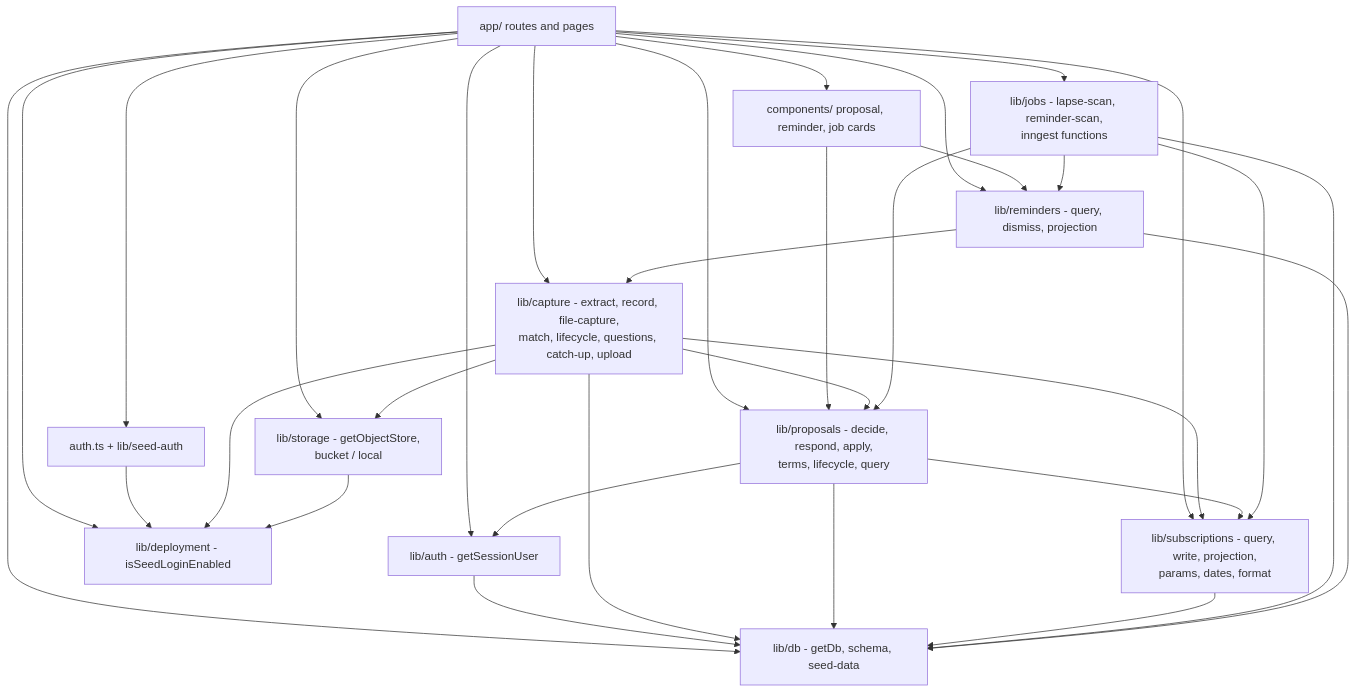
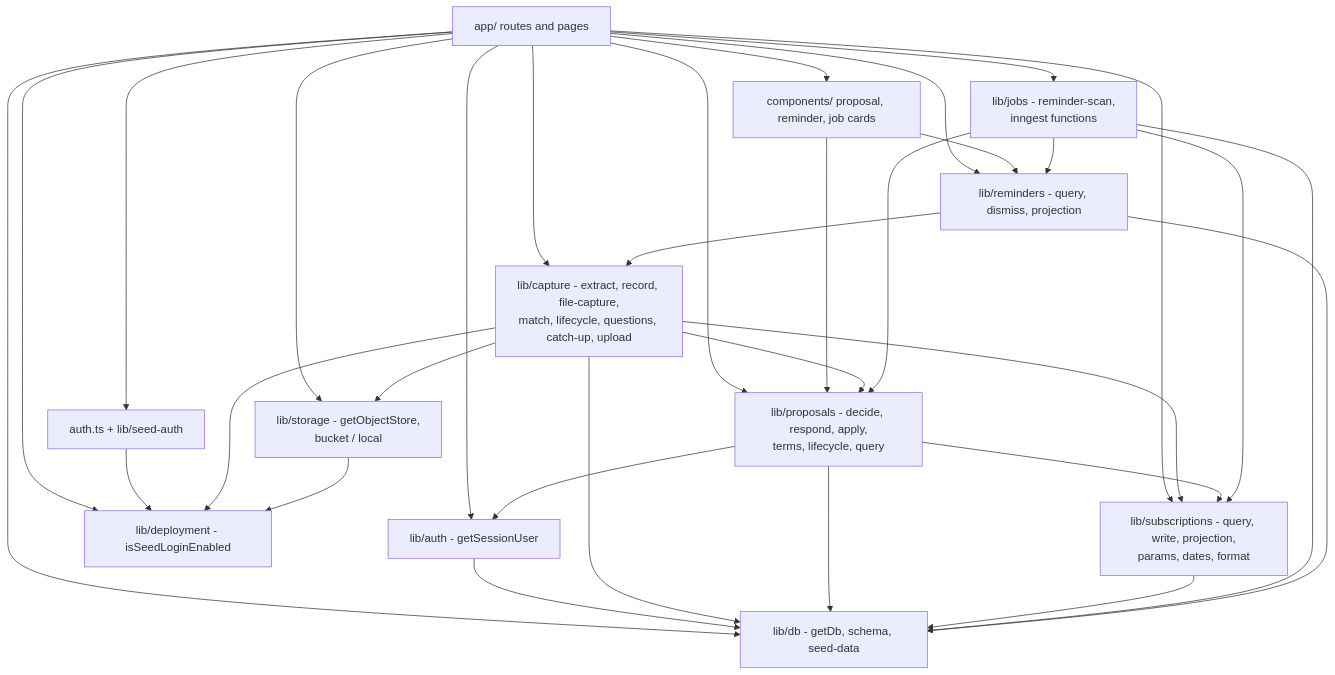
One commit to bhaveshbusa/subscription-records changed the fourth of 4 diagrams in docs/architecture.md. Above: the diagram before and after it, drawn with Mermaid. The commit also changed other lines of this file and 21 other files, not shown here.

````diff
--- a/docs/architecture.md
+++ b/docs/architecture.md
@@ -163,47 +166,47 @@
 ```mermaid
 flowchart TD
   app["app/ routes and pages"]
   components["components/ proposal, reminder, job cards"]
   authmod["lib/auth - getSessionUser"]
   authjs["auth.ts + lib/seed-auth"]
   deployment["lib/deployment - isSeedLoginEnabled"]
   capture["lib/capture - extract, record, file-capture,<br/>match, lifecycle, questions, catch-up, upload"]
   proposalsmod["lib/proposals - decide, respond, apply,<br/>terms, lifecycle, query"]
   subs["lib/subscriptions - query, write, projection,<br/>params, dates, format"]
   storage["lib/storage - getObjectStore,<br/>bucket / local"]
-  jobs["lib/jobs - lapse-scan, reminder-scan,<br/>inngest functions"]
+  jobs["lib/jobs - reminder-scan,<br/>inngest functions"]
   remindersmod["lib/reminders - query, dismiss, projection"]
   dbmod["lib/db - getDb, schema, seed-data"]
 
   app --> components
   app --> authmod
   app --> authjs
   app --> deployment
   app --> capture
   app --> proposalsmod
   app --> subs
   app --> storage
   app --> jobs
   app --> remindersmod
   app --> dbmod
   components --> proposalsmod
   components --> remindersmod
   authjs --> deployment
   authmod --> dbmod
   capture --> proposalsmod
   capture --> subs
   capture --> storage
   capture --> deployment
   capture --> dbmod
   proposalsmod --> subs
   proposalsmod --> authmod
   proposalsmod --> dbmod
   subs --> dbmod
   storage --> deployment
   jobs --> proposalsmod
   jobs --> subs
   jobs --> remindersmod
   jobs --> dbmod
   remindersmod --> capture
   remindersmod --> dbmod
 ```
````
